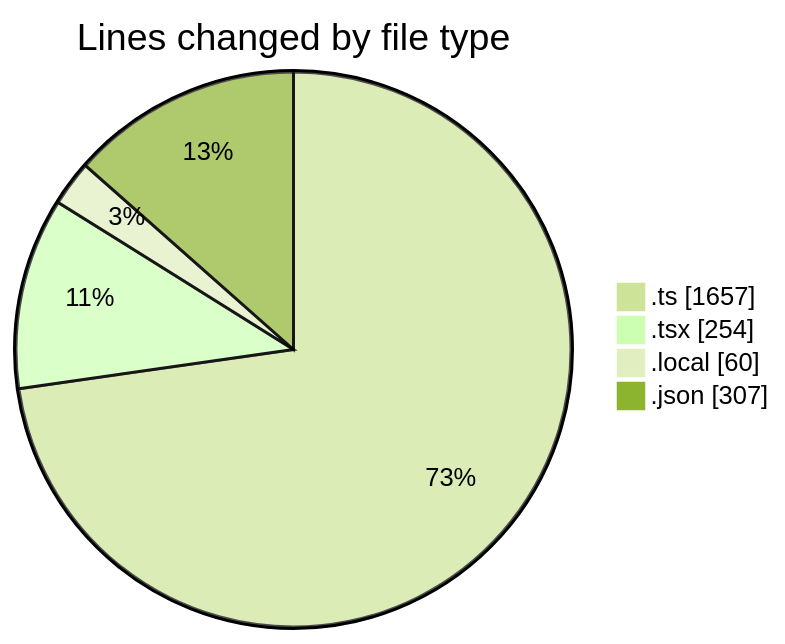
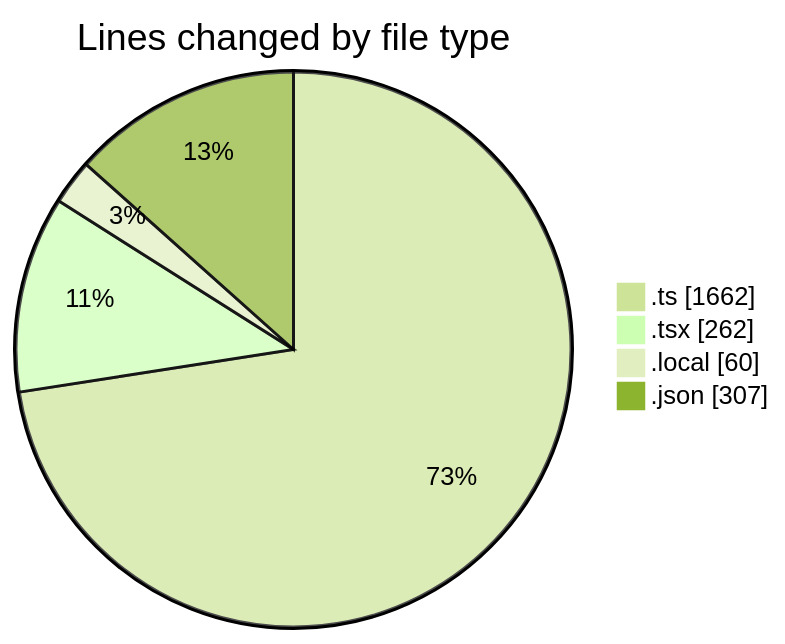
Before and after one commit to julien-gomy/code-tracking: the first of 2 diagrams in 2025-11-26/eventscop-frontend-guide__workspace_/README.md, drawn with Mermaid (forest theme). The commit also changed other lines of this file and 1 other file, not shown here.

````diff
--- a/2025-11-26/eventscop-frontend-guide__workspace_/README.md
+++ b/2025-11-26/eventscop-frontend-guide__workspace_/README.md
@@ -28,8 +28,8 @@
 ```mermaid
 pie showData
 title Lines changed by file type
-".ts" : 1657
-".tsx" : 254
+".ts" : 1662
+".tsx" : 262
 ".local" : 60
 ".json" : 307
 ```
````
